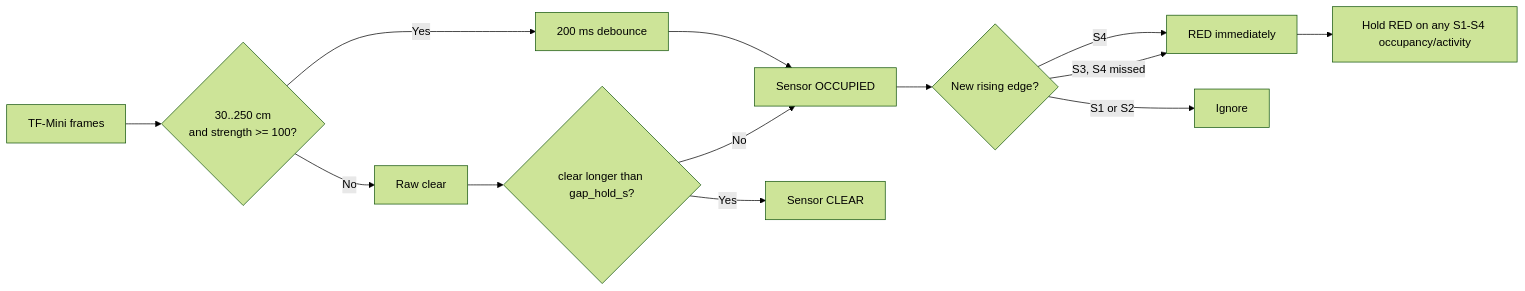
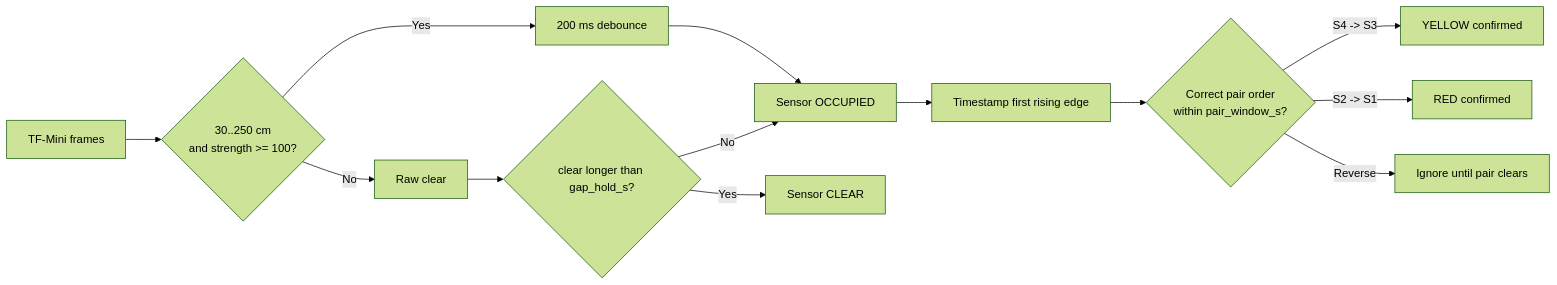
Before and after one commit to amrtdemdevteam/Auto_E_car_traffic_light: the first of 2 diagrams in docs/LOGIC.md, drawn with Mermaid (forest theme). The commit also changed other lines of this file and 8 other files, not shown here.

Commit message:
revert: restore trafficlight v1.1 flow

````diff
--- a/docs/LOGIC.md
+++ b/docs/LOGIC.md
@@ -29,15 +28,15 @@
 ```mermaid
 flowchart LR
     A[TF-Mini frames] --> B{30..250 cm\nand strength >= 100?}
     B -- No --> C[Raw clear]
     B -- Yes --> D[200 ms debounce]
     D --> E[Sensor OCCUPIED]
     C --> F{clear longer than gap_hold_s?}
     F -- No --> E
     F -- Yes --> G[Sensor CLEAR]
-    E --> H{New rising edge?}
-    H -- S4 --> I[RED immediately]
-    H -- S3, S4 missed --> I
-    H -- S1 or S2 --> L[Ignore]
-    I --> J[Hold RED on any S1-S4 occupancy/activity]
+    E --> H[Timestamp first rising edge]
+    H --> I{Correct pair order\nwithin pair_window_s?}
+    I -- S4 -> S3 --> J[YELLOW confirmed]
+    I -- S2 -> S1 --> K[RED confirmed]
+    I -- Reverse --> L[Ignore until pair clears]
 ```
````
